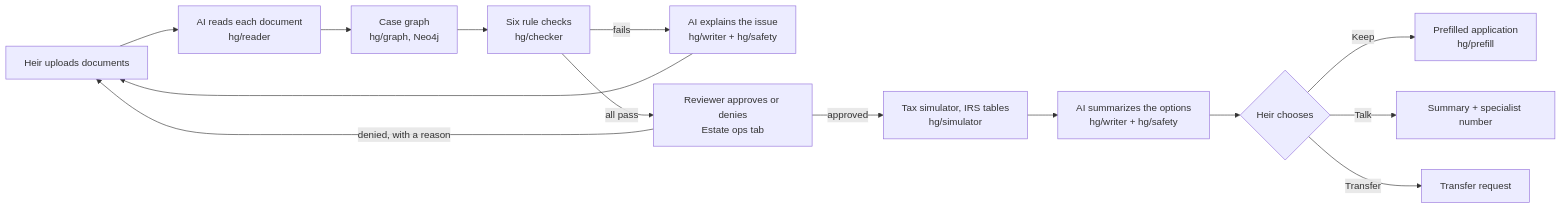
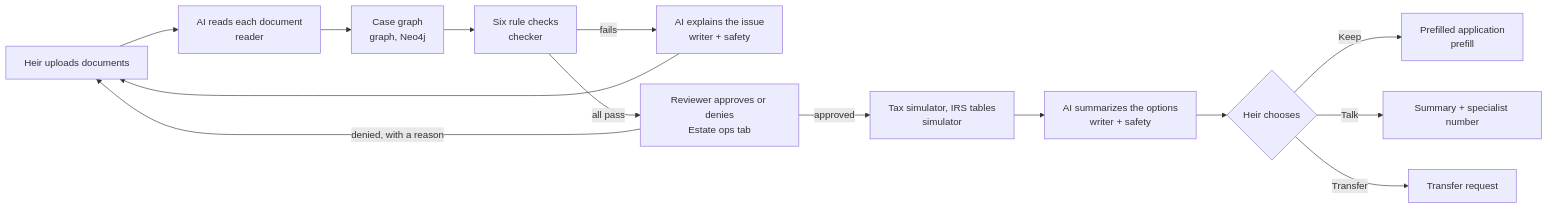
The diagram in README.md (Eshwar1440/HeirGuard), drawn with Mermaid before and after one commit. The commit also changed other lines of this file, not shown here.

````diff
--- a/README.md
+++ b/README.md
@@ -18,16 +18,16 @@
 ```mermaid
 flowchart LR
-    U[Heir uploads documents] --> R[AI reads each document<br/>hg/reader]
-    R --> G[Case graph<br/>hg/graph, Neo4j]
-    G --> C[Six rule checks<br/>hg/checker]
-    C -- fails --> W1[AI explains the issue<br/>hg/writer + hg/safety]
+    U[Heir uploads documents] --> R[AI reads each document<br/>reader]
+    R --> G[Case graph<br/>graph, Neo4j]
+    G --> C[Six rule checks<br/>checker]
+    C -- fails --> W1[AI explains the issue<br/>writer + safety]
     W1 --> U
     C -- all pass --> A[Reviewer approves or denies<br/>Estate ops tab]
     A -- denied, with a reason --> U
-    A -- approved --> S[Tax simulator, IRS tables<br/>hg/simulator]
-    S --> W2[AI summarizes the options<br/>hg/writer + hg/safety]
+    A -- approved --> S[Tax simulator, IRS tables<br/>simulator]
+    S --> W2[AI summarizes the options<br/>writer + safety]
     W2 --> D{Heir chooses}
-    D -- Keep --> P[Prefilled application<br/>hg/prefill]
+    D -- Keep --> P[Prefilled application<br/>prefill]
     D -- Talk --> T[Summary + specialist number]
     D -- Transfer --> X[Transfer request]
 ```
````
